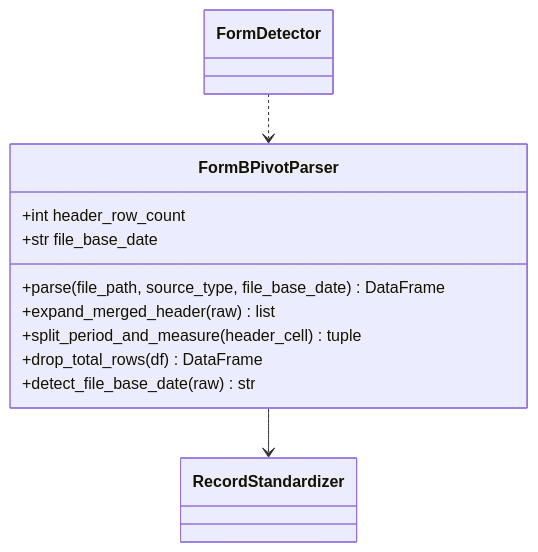
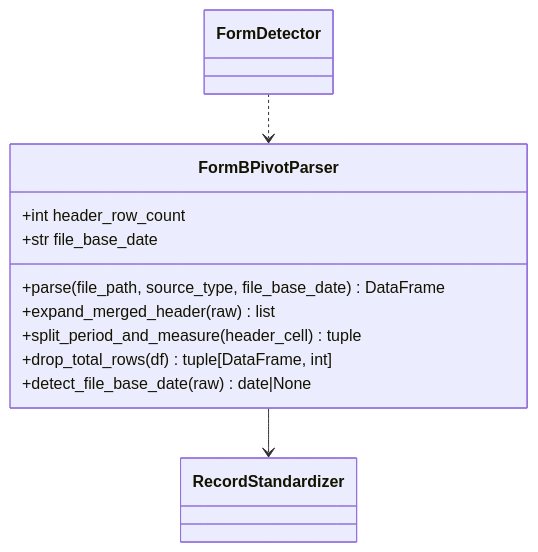
One commit to HoyoungParkme/tableau_platform changed the sixth of 29 diagrams in docs/specs/06-DOM/TBL-DOM-002.md. Above: the diagram before and after it, drawn with Mermaid. The commit also changed other lines of this file, not shown here.

Commit message:
교차 검증 지적 반영: A 리포트 열람 경로(read_report_document·publish_a_report) 신설, 도메인 상태 신호등을 5단계 판정 산출물로 확정(build_domain_status), 클래스 다이어그램을 MS 시그니처에 맞춤(공개·사설 조정, 반환형·llm 인자), 3장 대괄호 참조 정정, 개정 서술을 현재 상태 서술로 교체

````diff
--- a/docs/specs/06-DOM/TBL-DOM-002.md
+++ b/docs/specs/06-DOM/TBL-DOM-002.md
@@ -378,14 +386,14 @@
 ```mermaid
 classDiagram
   class FormBPivotParser {
     +int header_row_count
     +str file_base_date
     +parse(file_path, source_type, file_base_date) DataFrame
     +expand_merged_header(raw) list
     +split_period_and_measure(header_cell) tuple
-    +drop_total_rows(df) DataFrame
-    +detect_file_base_date(raw) str
+    +drop_total_rows(df) tuple[DataFrame, int]
+    +detect_file_base_date(raw) date|None
   }
   FormDetector ..> FormBPivotParser
   FormBPivotParser --> RecordStandardizer
 ```
````
